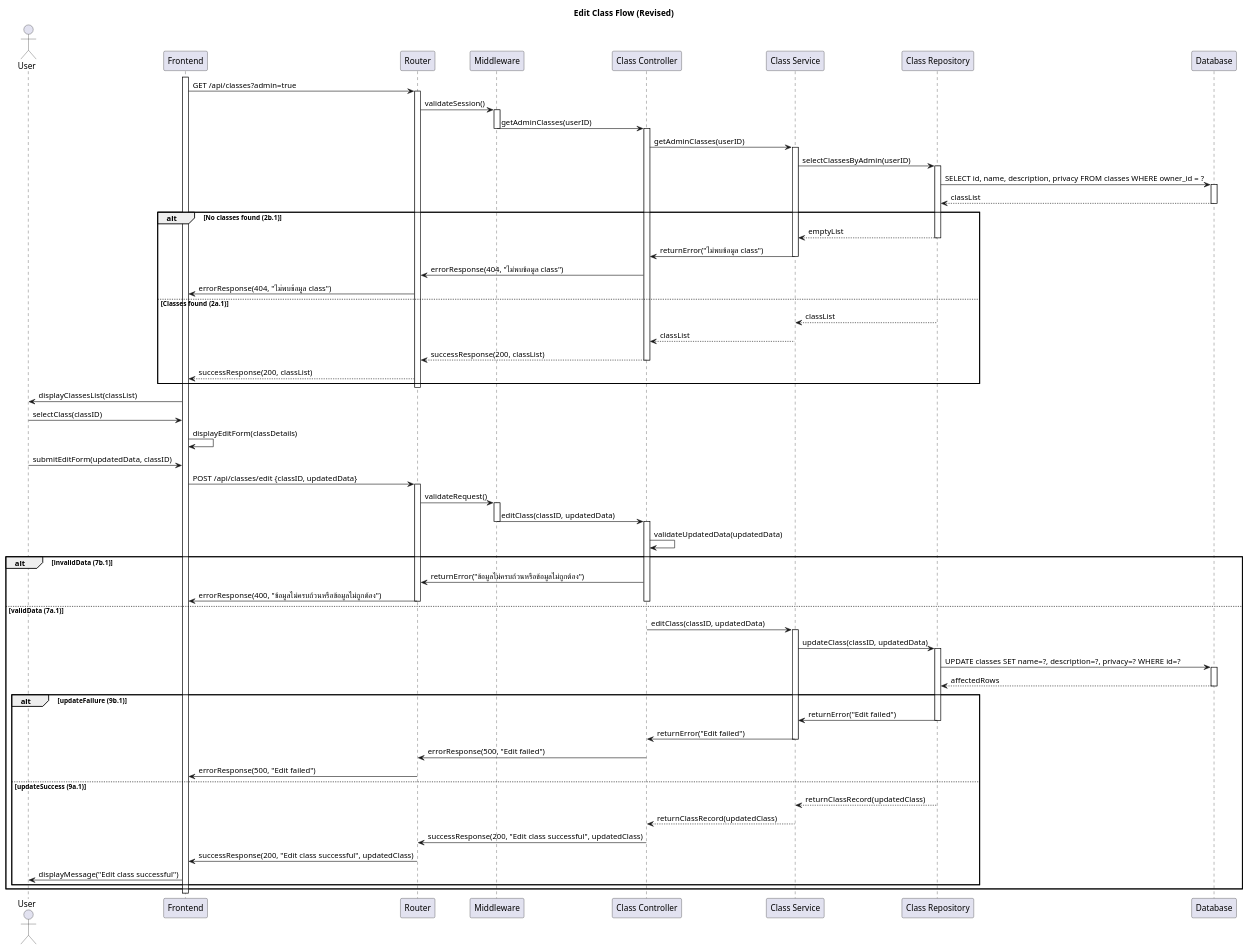
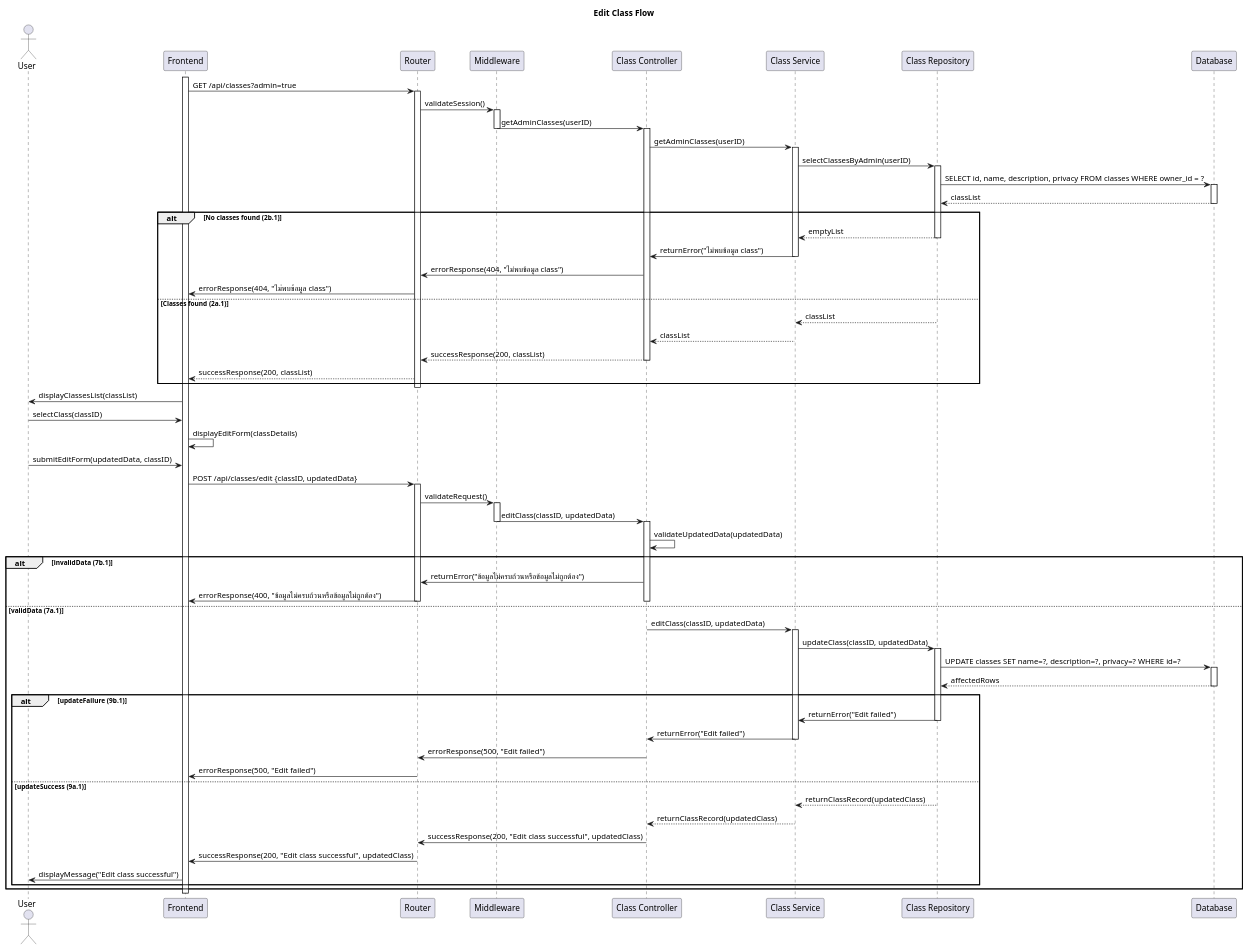
Before and after one commit to CS371-Project-Management/CS371-Sequence-Diagram: the diagram in SD-Edit-Class.puml, drawn with PlantUML. The commit also changed 8 other files, not shown here.

```diff
--- a/SD-Edit-Class.puml
+++ b/SD-Edit-Class.puml
@@ -1,101 +1,101 @@
 @startuml
-title Edit Class Flow (Revised)
+title Edit Class Flow
 
 actor User
 participant "Frontend" as FE
 participant "Router" as Router
 participant "Middleware" as MW
 participant "Class Controller" as Controller
 participant "Class Service" as Service
 participant "Class Repository" as Repository
 participant "Database" as DB
 
 'Retrieve Admin Classes'
 activate FE
 FE -> Router: GET /api/classes?admin=true
 activate Router
 Router -> MW: validateSession()
 activate MW
 MW -> Controller: getAdminClasses(userID)
 deactivate MW
 activate Controller
 Controller -> Service: getAdminClasses(userID)
 activate Service
 Service -> Repository: selectClassesByAdmin(userID)
 activate Repository
 Repository -> DB: SELECT id, name, description, privacy FROM classes WHERE owner_id = ?
 activate DB
 DB --> Repository: classList
 deactivate DB
 alt No classes found (2b.1)
     Repository --> Service: emptyList
     deactivate Repository
     Service -> Controller: returnError("ไม่พบข้อมูล class")
     deactivate Service
     Controller -> Router: errorResponse(404, "ไม่พบข้อมูล class")
     Router -> FE: errorResponse(404, "ไม่พบข้อมูล class")
 else Classes found (2a.1)
     Repository --> Service: classList
     deactivate Repository
     Service --> Controller: classList
     deactivate Service
     Controller --> Router: successResponse(200, classList)
     deactivate Controller
     Router --> FE: successResponse(200, classList)
 end
 deactivate Router
 FE -> User: displayClassesList(classList)
 
 'Edit Class'
 User -> FE: selectClass(classID)
 FE -> FE: displayEditForm(classDetails)
 
 User -> FE: submitEditForm(updatedData, classID)
 FE -> Router: POST /api/classes/edit {classID, updatedData}
 activate Router
 Router -> MW: validateRequest()
 activate MW
 MW -> Controller: editClass(classID, updatedData)
 deactivate MW
 activate Controller
 Controller -> Controller: validateUpdatedData(updatedData)
 alt invalidData (7b.1)
     Controller -> Router: returnError("ข้อมูลไม่ครบถ้วนหรือข้อมูลไม่ถูกต้อง")
     Router -> FE: errorResponse(400, "ข้อมูลไม่ครบถ้วนหรือข้อมูลไม่ถูกต้อง")
     deactivate Controller
     deactivate Router
 else validData (7a.1)
     Controller -> Service: editClass(classID, updatedData)
     activate Service
     Service -> Repository: updateClass(classID, updatedData)
     activate Repository
     Repository -> DB: UPDATE classes SET name=?, description=?, privacy=? WHERE id=?
     activate DB
     DB --> Repository: affectedRows
     deactivate DB
     alt updateFailure (9b.1)
         Repository -> Service: returnError("Edit failed")
         deactivate Repository
         Service -> Controller: returnError("Edit failed")
         deactivate Service
         Controller -> Router: errorResponse(500, "Edit failed")
         Router -> FE: errorResponse(500, "Edit failed")
         deactivate Controller
         deactivate MW
         deactivate Router
     else updateSuccess (9a.1)
         Repository --> Service: returnClassRecord(updatedClass)
         deactivate Repository
         Service --> Controller: returnClassRecord(updatedClass)
         deactivate Service
         Controller -> Router: successResponse(200, "Edit class successful", updatedClass)
         Router -> FE: successResponse(200, "Edit class successful", updatedClass)
         FE -> User: displayMessage("Edit class successful")
         deactivate Controller
         deactivate MW
         deactivate Router
     end
 end
 deactivate FE
 
 @enduml
```
